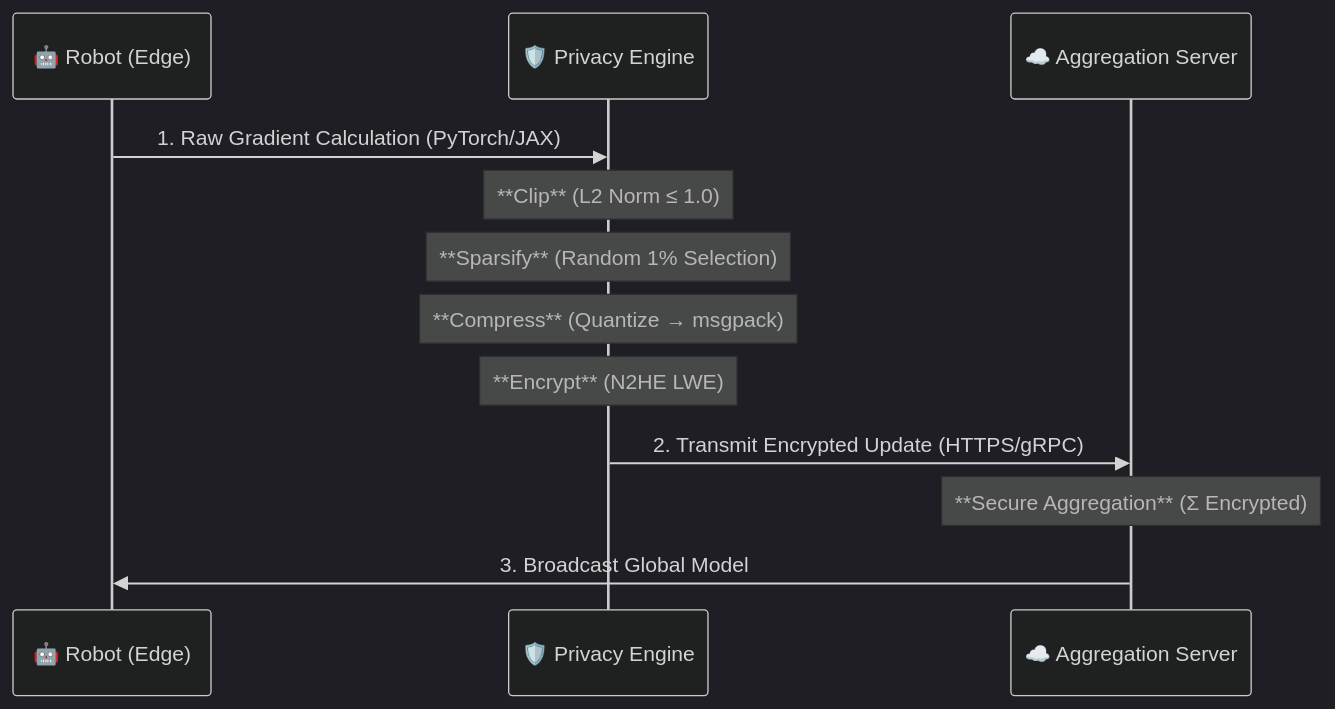
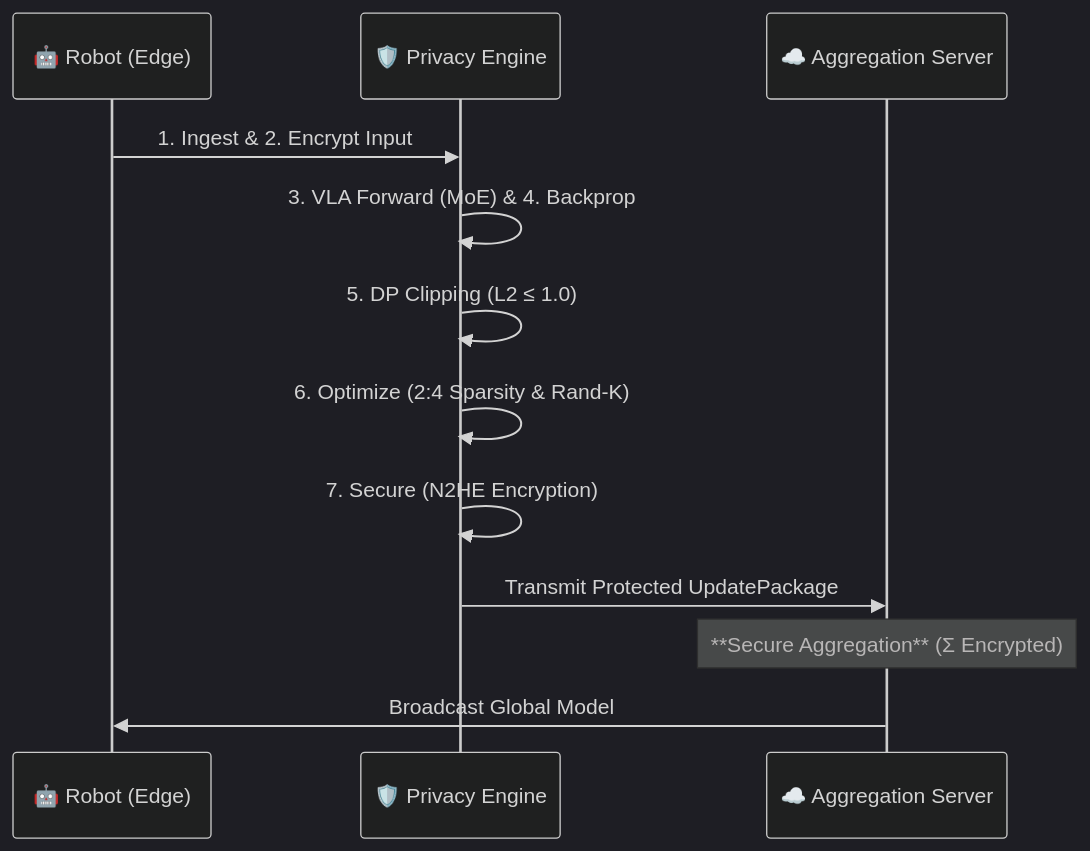
The second of 3 diagrams in README.md (Danielfoojunwei/TensorGuardFlow), drawn with Mermaid (dark theme) before and after one commit. The commit also changed other lines of this file and 3542 other files, not shown here.

````diff
--- a/README.md
+++ b/README.md
@@ -157,15 +184,15 @@
 ```mermaid
 sequenceDiagram
     participant R as 🤖 Robot (Edge)
     participant P as 🛡️ Privacy Engine
     participant S as ☁️ Aggregation Server
 
-    R->>P: 1. Raw Gradient Calculation (PyTorch/JAX)
-    Note over P: **Clip** (L2 Norm ≤ 1.0)
-    Note over P: **Sparsify** (Random 1% Selection)
-    Note over P: **Compress** (Quantize → msgpack)
-    Note over P: **Encrypt** (N2HE LWE)
-    P->>S: 2. Transmit Encrypted Update (HTTPS/gRPC)
+    R->>P: 1. Ingest & 2. Encrypt Input
+    P->>P: 3. VLA Forward (MoE) & 4. Backprop
+    P->>P: 5. DP Clipping (L2 ≤ 1.0)
+    P->>P: 6. Optimize (2:4 Sparsity & Rand-K)
+    P->>P: 7. Secure (N2HE Encryption)
+    P->>S: Transmit Protected UpdatePackage
     Note over S: **Secure Aggregation** (Σ Encrypted)
-    S->>R: 3. Broadcast Global Model
+    S->>R: Broadcast Global Model
 ```
````
